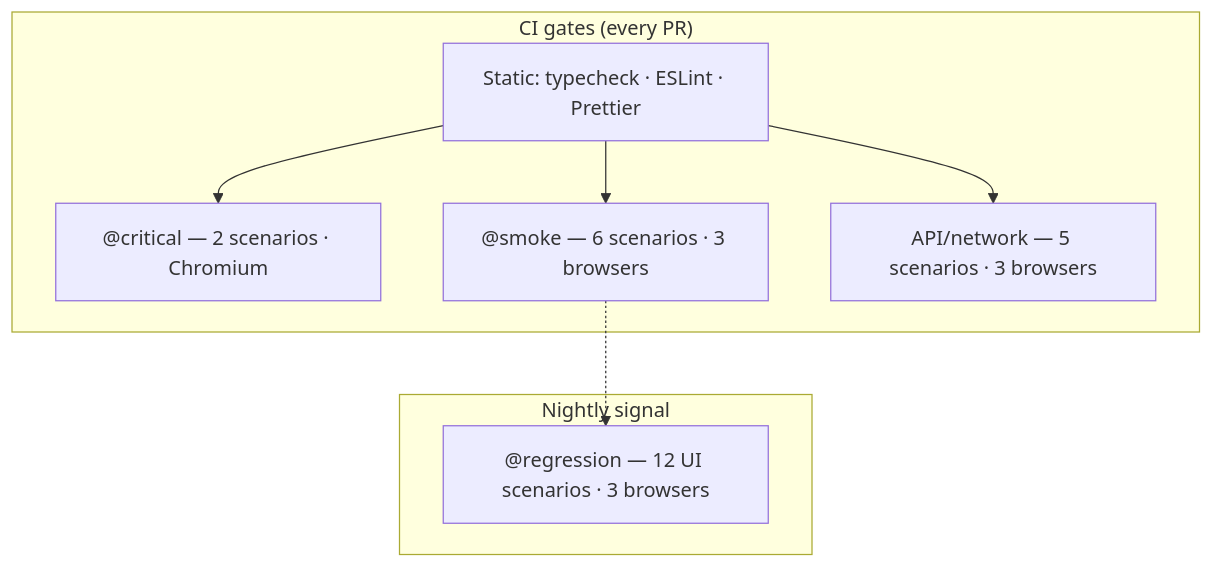
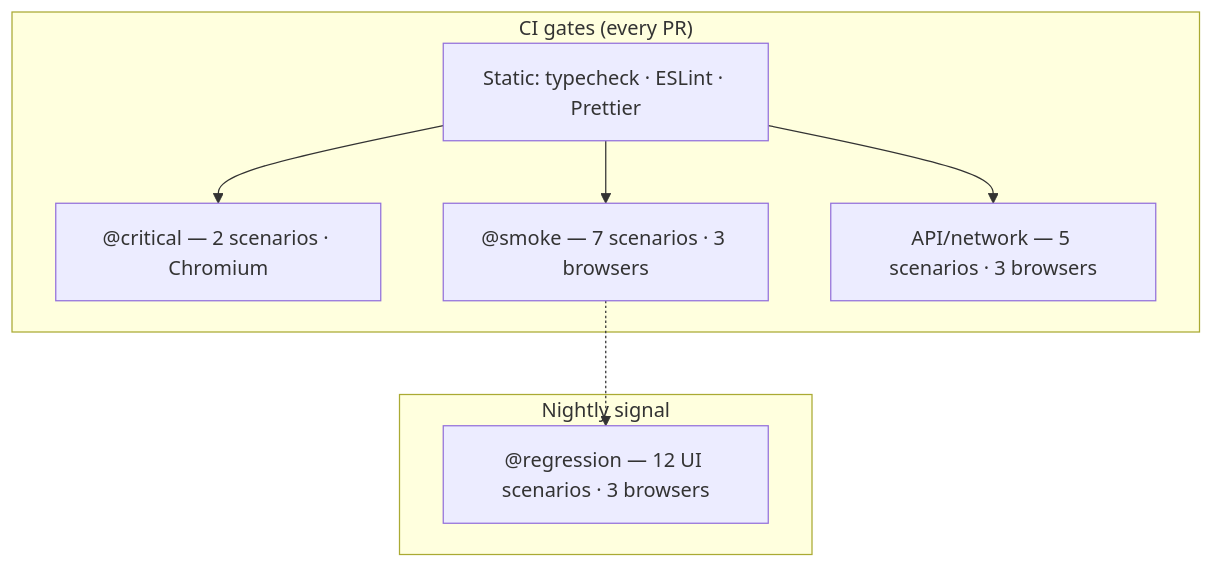
Before and after one commit to AKogut/playwright-ecommerce-framework: the first of 3 diagrams in docs/quality-overview.md, drawn with Mermaid. The commit also changed other lines of this file and 14 other files, not shown here.

````diff
--- a/docs/quality-overview.md
+++ b/docs/quality-overview.md
@@ -32,16 +32,16 @@
 ```mermaid
 flowchart TB
     subgraph gates["CI gates (every PR)"]
         ST["Static: typecheck · ESLint · Prettier"]
         CR["@critical — 2 scenarios · Chromium"]
-        SM["@smoke — 6 scenarios · 3 browsers"]
+        SM["@smoke — 7 scenarios · 3 browsers"]
         API["API/network — 5 scenarios · 3 browsers"]
     end
     subgraph nightly["Nightly signal"]
         RG["@regression — 12 UI scenarios · 3 browsers"]
     end
     ST --> CR
     ST --> SM
     ST --> API
     SM -.-> RG
 ```
````
